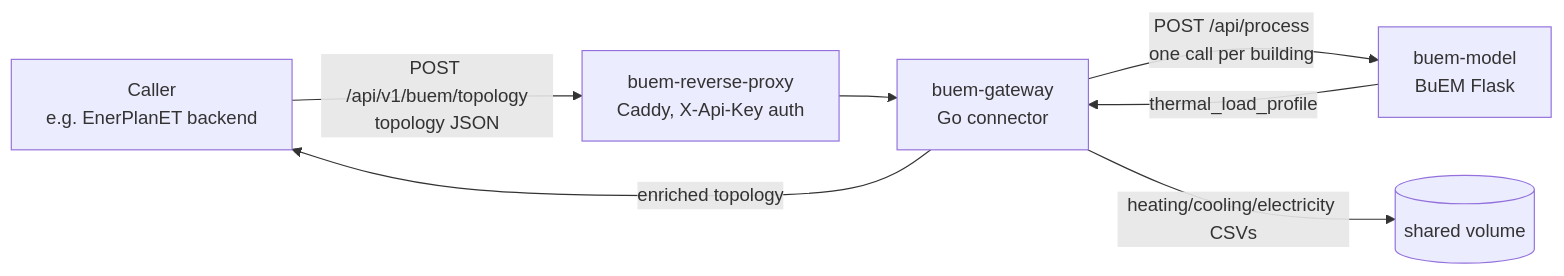
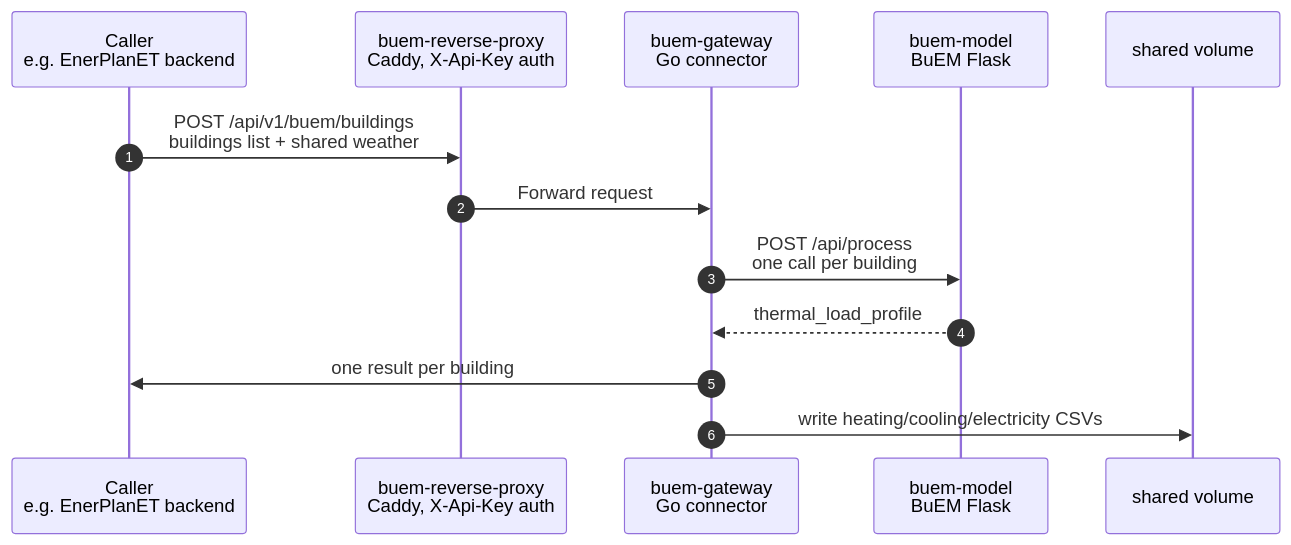
The diagram in docs/index.md (enerplanet/buem-gateway), drawn with Mermaid before and after one commit. The commit also changed other lines of this file and 13 other files, not shown here.

First line of the commit message:
feat(api)!: replace /buem/topology with /buem/buildings

````diff
--- a/docs/index.md
+++ b/docs/index.md
@@ -14,9 +16,16 @@
 ```mermaid
-graph LR
-    CALLER[Caller<br>e.g. EnerPlanET backend] -->|POST /api/v1/buem/topology<br>topology JSON| PROXY[buem-reverse-proxy<br>Caddy, X-Api-Key auth]
-    PROXY --> APP[buem-gateway<br>Go connector]
-    APP -->|POST /api/process<br>one call per building| MODEL[buem-model<br>BuEM Flask]
-    MODEL -->|thermal_load_profile| APP
-    APP -->|enriched topology| CALLER
-    APP -->|heating/cooling/electricity CSVs| VOL[(shared volume)]
+sequenceDiagram
+    autonumber
+    participant Caller as Caller<br/>e.g. EnerPlanET backend
+    participant Proxy as buem-reverse-proxy<br/>Caddy, X-Api-Key auth
+    participant App as buem-gateway<br/>Go connector
+    participant Model as buem-model<br/>BuEM Flask
+    participant Vol as shared volume
+
+    Caller->>Proxy: POST /api/v1/buem/buildings<br/>buildings list + shared weather
+    Proxy->>App: Forward request
+    App->>Model: POST /api/process<br/>one call per building
+    Model-->>App: thermal_load_profile
+    App->>Caller: one result per building
+    App->>Vol: write heating/cooling/electricity CSVs
 ```
````
